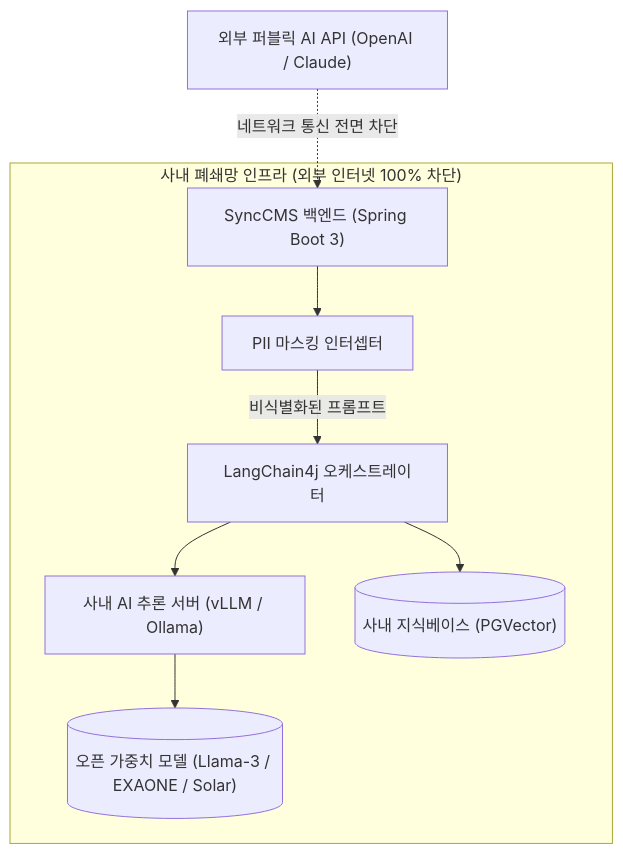
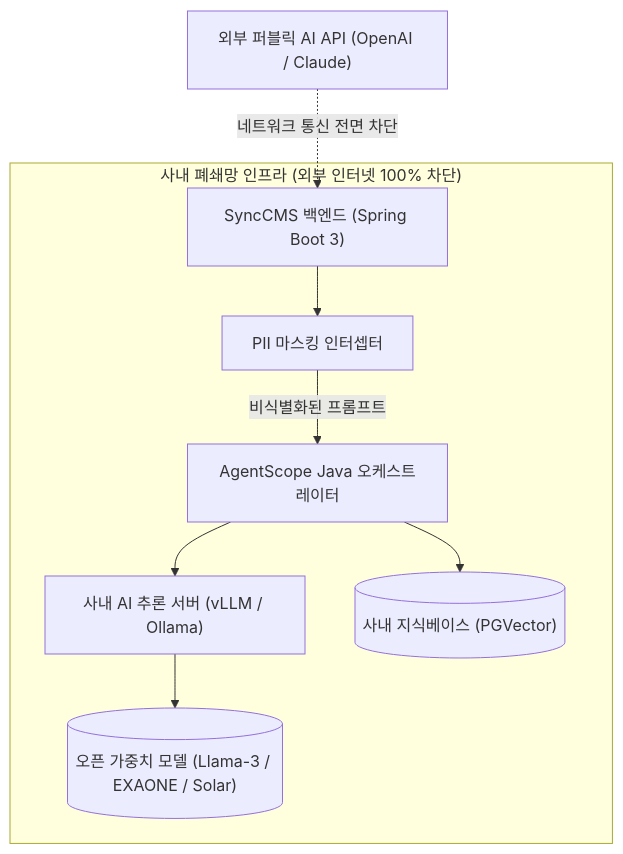
Before and after one commit to DramaticCollaboration/doc.github.io: the diagram in ko/synccms/onpremise-ai-security.md, drawn with Mermaid. The commit also changed other lines of this file and 21 other files, not shown here.

````diff
--- a/ko/synccms/onpremise-ai-security.md
+++ b/ko/synccms/onpremise-ai-security.md
@@ -25,19 +25,19 @@
 ```mermaid
 graph TD
     subgraph "사내 폐쇄망 인프라 (외부 인터넷 100% 차단)"
         CMS["SyncCMS 백엔드 (Spring Boot 3)"]
         INTERCEPTOR["PII 마스킹 인터셉터"]
-        LC4J["LangChain4j 오케스트레이터"]
+        AS["AgentScope Java 오케스트레이터"]
         LLM["사내 AI 추론 서버 (vLLM / Ollama)"]
         MODEL[("오픈 가중치 모델 (Llama-3 / EXAONE / Solar)")]
         VEC[("사내 지식베이스 (PGVector)")]
     end
 
     EXT["외부 퍼블릭 AI API (OpenAI / Claude)"] -.->|네트워크 통신 전면 차단| CMS
 
     CMS --> INTERCEPTOR
-    INTERCEPTOR -->|비식별화된 프롬프트| LC4J
-    LC4J --> LLM
+    INTERCEPTOR -->|비식별화된 프롬프트| AS
+    AS --> LLM
     LLM --> MODEL
-    LC4J --> VEC
+    AS --> VEC
 ```
````
